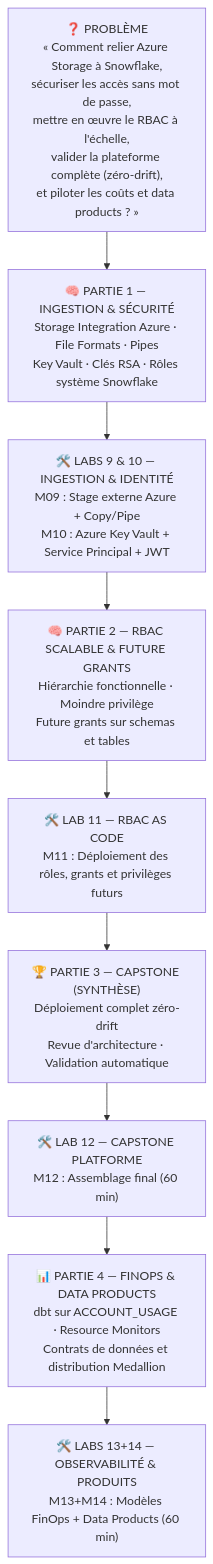
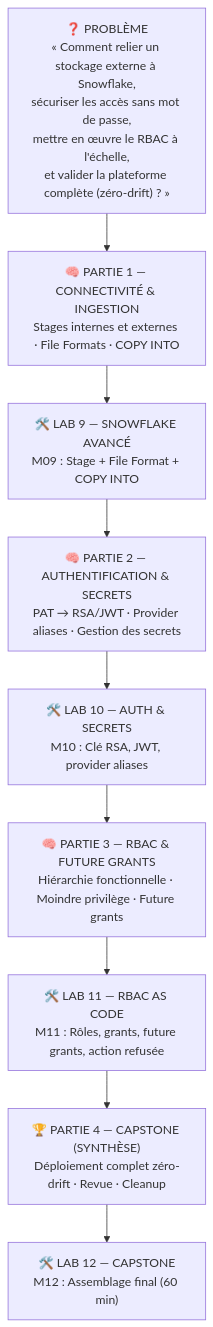
One commit to msellamiTN/data-plateform-iac changed the diagram in courses/day-05/atelier-jour-05.md. Above: the diagram before and after it, drawn with Mermaid. The commit also changed other lines of this file and 142 other files, not shown here.

````diff
--- a/courses/day-05/atelier-jour-05.md
+++ b/courses/day-05/atelier-jour-05.md
@@ -33,18 +34,18 @@
 ```mermaid
 flowchart TD
-    Q0["❓ PROBLÈME<br/>« Comment relier Azure Storage à Snowflake,<br/>sécuriser les accès sans mot de passe,<br/>mettre en œuvre le RBAC à l'échelle,<br/>valider la plateforme complète (zéro-drift),<br/>et piloter les coûts et data products ? »"]
+    Q0["❓ PROBLÈME<br/>« Comment relier un stockage externe à Snowflake,<br/>sécuriser les accès sans mot de passe,<br/>mettre en œuvre le RBAC à l'échelle,<br/>et valider la plateforme complète (zéro-drift) ? »"]
 
-    Q1["🧠 PARTIE 1 — INGESTION & SÉCURITÉ<br/>Storage Integration Azure · File Formats · Pipes<br/>Key Vault · Clés RSA · Rôles système Snowflake"]
-    Q2["🛠️ LABS 9 & 10 — INGESTION & IDENTITÉ<br/>M09 : Stage externe Azure + Copy/Pipe<br/>M10 : Azure Key Vault + Service Principal + JWT"]
+    Q1["🧠 PARTIE 1 — CONNECTIVITÉ & INGESTION<br/>Stages internes et externes · File Formats · COPY INTO"]
+    Q2["🛠️ LAB 9 — SNOWFLAKE AVANCÉ<br/>M09 : Stage + File Format + COPY INTO"]
 
-    Q3["🧠 PARTIE 2 — RBAC SCALABLE & FUTURE GRANTS<br/>Hiérarchie fonctionnelle · Moindre privilège<br/>Future grants sur schemas et tables"]
-    Q4["🛠️ LAB 11 — RBAC AS CODE<br/>M11 : Déploiement des rôles, grants et privilèges futurs"]
+    Q3["🧠 PARTIE 2 — AUTHENTIFICATION & SECRETS<br/>PAT → RSA/JWT · Provider aliases · Gestion des secrets"]
+    Q4["🛠️ LAB 10 — AUTH & SECRETS<br/>M10 : Clé RSA, JWT, provider aliases"]
 
-    Q5["🏆 PARTIE 3 — CAPSTONE (SYNTHÈSE)<br/>Déploiement complet zéro-drift<br/>Revue d'architecture · Validation automatique"]
-    Q6["🛠️ LAB 12 — CAPSTONE PLATFORME<br/>M12 : Assemblage final (60 min)"]
+    Q5["🧠 PARTIE 3 — RBAC & FUTURE GRANTS<br/>Hiérarchie fonctionnelle · Moindre privilège · Future grants"]
+    Q6["🛠️ LAB 11 — RBAC AS CODE<br/>M11 : Rôles, grants, future grants, action refusée"]
 
-    Q7["📊 PARTIE 4 — FINOPS & DATA PRODUCTS<br/>dbt sur ACCOUNT_USAGE · Resource Monitors<br/>Contrats de données et distribution Medallion"]
-    Q8["🛠️ LABS 13+14 — OBSERVABILITÉ & PRODUITS<br/>M13+M14 : Modèles FinOps + Data Products (60 min)"]
+    Q7["🏆 PARTIE 4 — CAPSTONE (SYNTHÈSE)<br/>Déploiement complet zéro-drift · Revue · Cleanup"]
+    Q8["🛠️ LAB 12 — CAPSTONE<br/>M12 : Assemblage final (60 min)"]
 
     Q0 --> Q1 --> Q2 --> Q3 --> Q4 --> Q5 --> Q6 --> Q7 --> Q8
 ```
````
